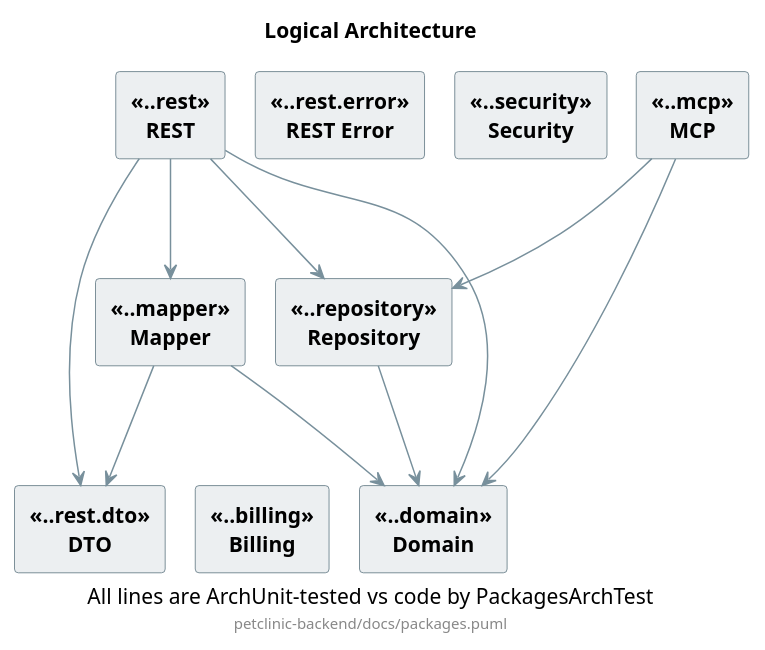
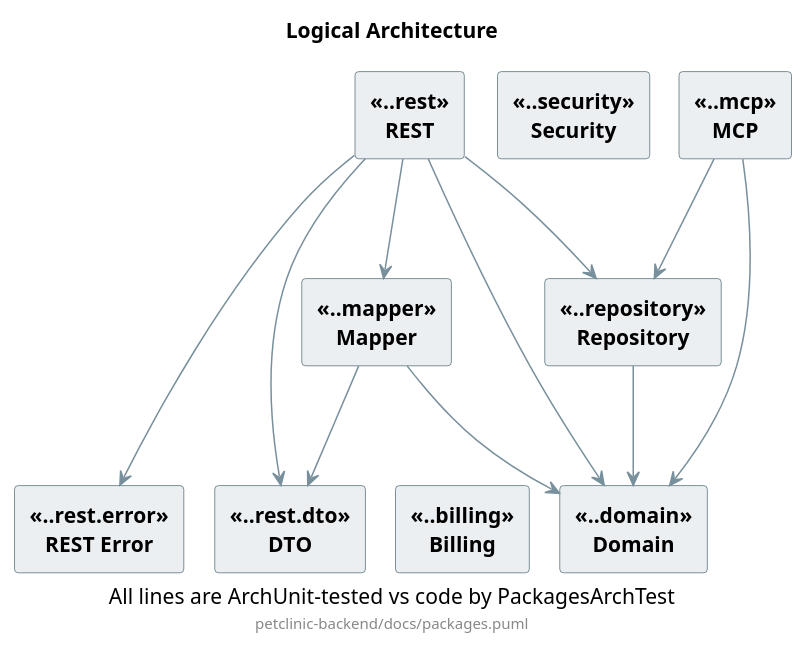
The diagram in petclinic-backend/docs/packages.puml (pmattiollo/petclinic), drawn with PlantUML before and after one commit. The commit also changed 7 other files, not shown here.

```diff
--- a/petclinic-backend/docs/packages.puml
+++ b/petclinic-backend/docs/packages.puml
@@ -1,88 +1,89 @@
 @startuml
 
 title Logical Architecture
 caption All lines are ArchUnit-tested vs code by PackagesArchTest
 footer petclinic-backend/docs/packages.puml
 
 ' ── The recipe (portable — copy this whole layout trick to any project) ───────
 ' 1. GRAVITY. A package is drawn below everything that depends on it, so every
 '    arrow points downwards. Depth of a package = length of the longest chain of
 '    dependencies starting at it; depth 0 (packages that depend on nothing) goes
 '    at the bottom. That is a computation, not an opinion — no layer names here.
 '
 ' 2. INVISIBLE ANCHORS. Depths are held apart by a blank `label` per boundary,
 '    pinned by `-[hidden]->` arrows from every package above it and to every
 '    package below it. Nothing is drawn — the anchor only claims a row of its
 '    own, which is what forces the packages onto separate rows. Do NOT pin with
 '    hidden arrows between packages: ArchUnit reads those as real dependencies
 '    and the diagram would start permitting deps the code does not have. It
 '    drops the ones pointing at `sepN`, because `sepN` is not a component.
 '
 ' 3. CYCLES ARE RED. A bidirectional dependency is ONE red double-headed line.
 '    ArchUnit cannot parse `<-->` arrows, so back each red line with two
 '    `-[hidden]->` arrows, which it *does* parse as the two directed edges:
 '        [A] <-[#red,thickness=2]-> [B]
 '        [A] -[hidden]-> [B]
 '        [B] -[hidden]-> [A]
 '    No cycle exists here today; the convention is in place so one shows up red.
 ' ─────────────────────────────────────────────────────────────────────────────
 
 skinparam shadowing false
 skinparam componentStyle rectangle
 skinparam nodesep 20
 skinparam ranksep 30
 <style>
 component {
   BackGroundColor #ECEFF1
   LineColor #546E7A
   FontStyle bold
 }
 arrow {
   LineColor #78909C
 }
 </style>
 
 ' depth 2
 [REST] <<..rest>>
 [MCP] <<..mcp>>
-[REST Error] <<..rest.error>>
 [Security] <<..security>>
 
 ' depth 1
 [Mapper] <<..mapper>>
 [Repository] <<..repository>>
 
 ' depth 0
 [DTO] <<..rest.dto>>
 [Domain] <<..domain>>
 [Billing] <<..billing>>
+[REST Error] <<..rest.error>>
 
 label " " as sep1
 label " " as sep2
 
 [Repository] --> [Domain]
 [Mapper] --> [Domain]
 [Mapper] --> [DTO]
 [REST] --> [Domain]
 [REST] --> [Repository]
 [REST] --> [Mapper]
 [REST] --> [DTO]
+[REST] --> [REST Error]
 [MCP] --> [Domain]
 [MCP] --> [Repository]
 
 ' depth 2 sits above depth 1
 [REST] -[hidden]-> sep1
 [MCP] -[hidden]-> sep1
-[REST Error] -[hidden]-> sep1
 [Security] -[hidden]-> sep1
 sep1 -[hidden]-> [Mapper]
 sep1 -[hidden]-> [Repository]
 
 ' depth 1 sits above depth 0
 [Mapper] -[hidden]-> sep2
 [Repository] -[hidden]-> sep2
 sep2 -[hidden]-> [DTO]
 sep2 -[hidden]-> [Domain]
 sep2 -[hidden]-> [Billing]
+sep2 -[hidden]-> [REST Error]
 
 @enduml
```
